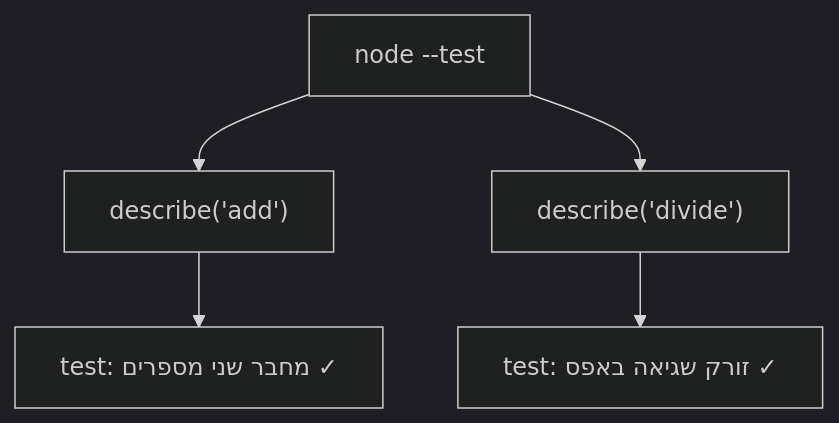
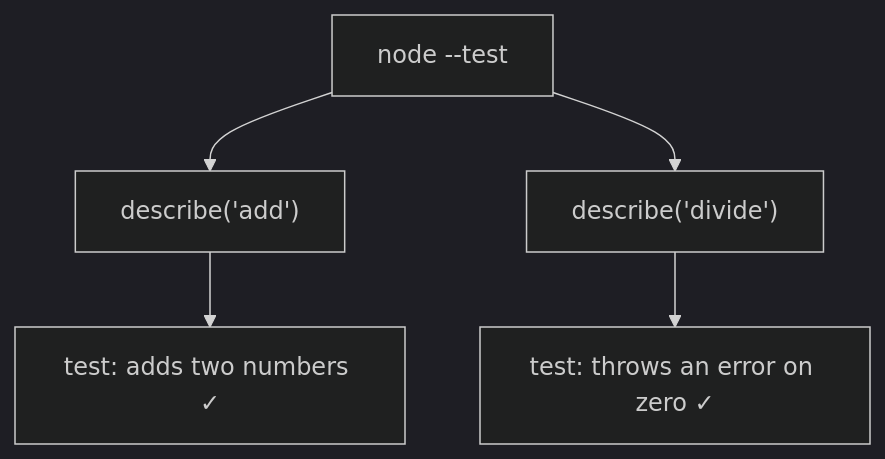
Before and after one commit to neriyaMalachi/FullStack_kodkode_5: the diagram in content/docs/testing/58-js-unit-testing-content.md, drawn with Mermaid (dark theme). The commit also changed other lines of this file and 117 other files, not shown here.

````diff
--- a/content/docs/testing/58-js-unit-testing-content.md
+++ b/content/docs/testing/58-js-unit-testing-content.md
@@ -57,7 +57,7 @@
 ```mermaid
 flowchart TD
     T["node --test"] --> D1["describe('add')"]
     T --> D2["describe('divide')"]
-    D1 --> T1["test: מחבר שני מספרים ✓"]
-    D2 --> T2["test: זורק שגיאה באפס ✓"]
+    D1 --> T1["test: adds two numbers ✓"]
+    D2 --> T2["test: throws an error on zero ✓"]
 ```
````
